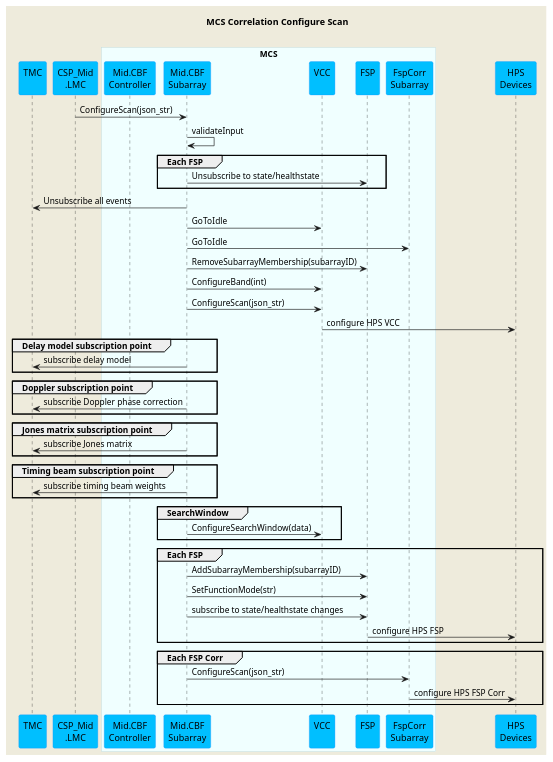
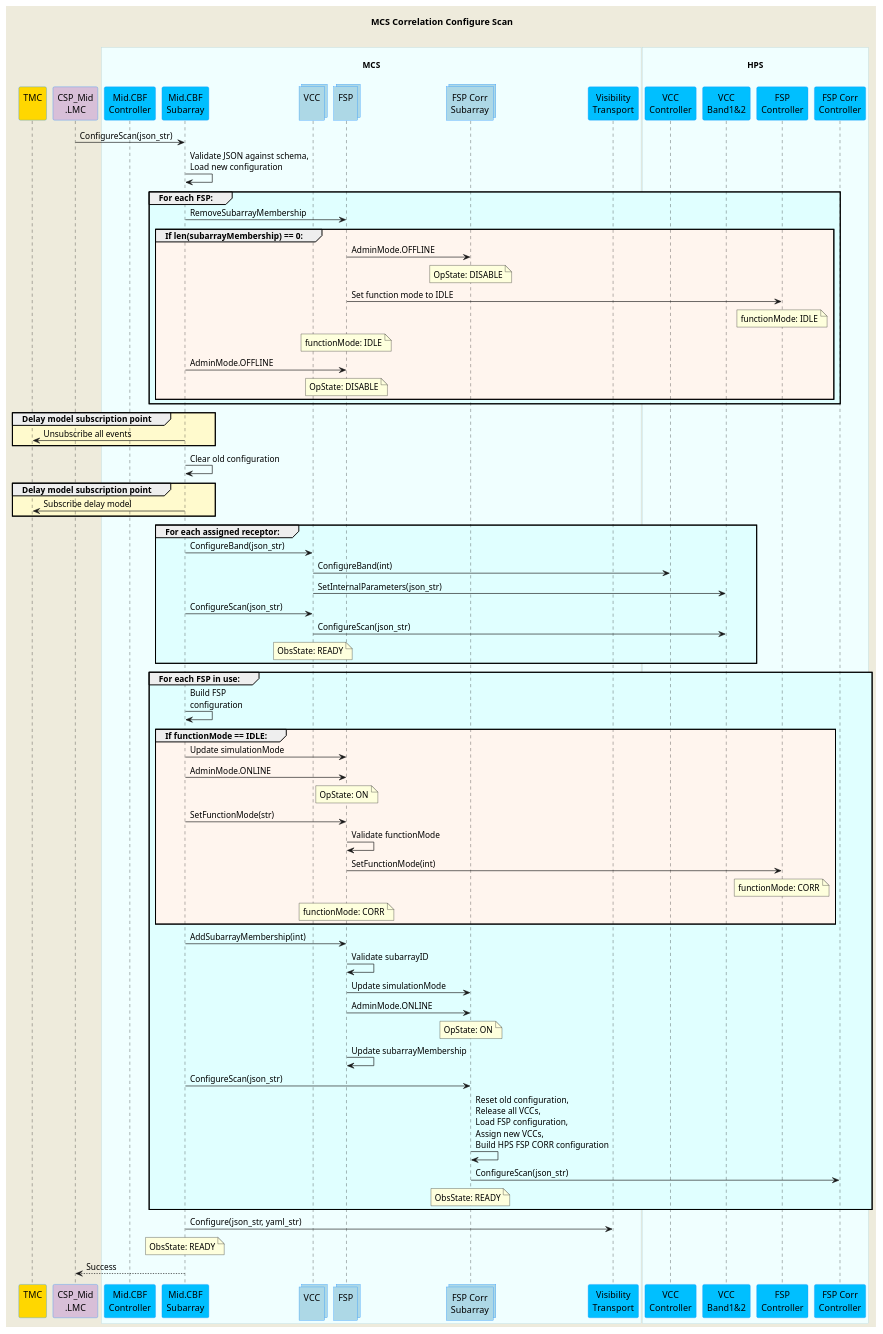
Before and after one commit to ska-telescope/mid-cbf-mcs: the diagram in docs/src/diagrams/configure-corr-scan-mcs.puml, drawn with PlantUML. The commit also changed 19 other files, not shown here.

```diff
--- a/docs/src/diagrams/configure-corr-scan-mcs.puml
+++ b/docs/src/diagrams/configure-corr-scan-mcs.puml
@@ -1,76 +1,104 @@
 @startuml
 'https://plantuml.com/sequence-diagram
 
 skinparam backgroundColor #EEEBDC
 skinparam sequence {
-ParticipantBorderColor DodgerBlue
-ParticipantBackgroundColor DeepSkyBlue
-ActorBorderColor DarkGreen
-ActorBackgroundColor Green
-BoxBorderColor LightBlue
-BoxBackgroundColor #F0FFFF
+    ParticipantBorderColor DodgerBlue
+    ParticipantBackgroundColor DeepSkyBlue
+    ActorBorderColor DarkGreen
+    ActorBackgroundColor Green
+    BoxBorderColor LightBlue
+    BoxBackgroundColor #F0FFFF
+}
+skinparam collections {
+    BackGroundColor LightBlue
+    BorderColor DodgerBlue
 }
 
 title MCS Correlation Configure Scan\n
 
-participant "TMC\n" as tmc
-participant "CSP_Mid\n.LMC" as lmc
-
-box "MCS"
-participant "Mid.CBF\nController" as controller
-participant "Mid.CBF\nSubarray" as subarray
-participant "VCC\n" as vcc
-participant "FSP\n" as fsp
-participant "FspCorr\nSubarray" as fspcorr
+participant "TMC\n" as tmc #Gold
+participant "CSP_Mid\n.LMC" as lmc #Thistle
+box "\nMCS\n"
+    participant "Mid.CBF\nController" as controller
+    participant "Mid.CBF\nSubarray" as subarray
+    collections "VCC\n" as vcc
+    collections "FSP\n" as fsp
+    collections "FSP Corr\nSubarray" as fspcorr
+    participant "Visibility\nTransport" as vis_trans
+end box
+box "\nHPS\n" 
+    participant "VCC\nController" as vcc_cont
+    participant "VCC\nBand1&2" as vcc_band
+    participant "FSP\nController" as fsp_cont
+    participant "FSP Corr\nController" as fspcorr_cont
 end box
 
-participant "HPS\nDevices" as hps
+lmc         -> subarray     : ConfigureScan(json_str)
+subarray    -> subarray     : Validate JSON against schema,\nLoad new configuration
 
-lmc         -> subarray     : ConfigureScan(json_str)
-subarray    -> subarray     : validateInput
-
-group Each FSP
-subarray    -> fsp          : Unsubscribe to state/healthstate
+group #LightCyan For each FSP:
+    subarray    -> fsp          : RemoveSubarrayMembership
+    group #SeaShell If len(subarrayMembership) == 0:
+        fsp         -> fspcorr      : AdminMode.OFFLINE
+        note over fspcorr           : OpState: DISABLE
+        fsp         -> fsp_cont     : Set function mode to IDLE
+        note over fsp_cont          : functionMode: IDLE
+        note over fsp               : functionMode: IDLE
+        subarray    -> fsp          : AdminMode.OFFLINE
+        note over fsp             : OpState: DISABLE
+    end group
 end group
 
-subarray    -> tmc          : Unsubscribe all events
-subarray    -> vcc          : GoToIdle
-subarray    -> fspcorr      : GoToIdle
-subarray    -> fsp          : RemoveSubarrayMembership(subarrayID)
-subarray    -> vcc          : ConfigureBand(int)
-subarray    -> vcc          : ConfigureScan(json_str)
-vcc         -> hps          : configure HPS VCC
-
-group Delay model subscription point
-subarray    -> tmc          : subscribe delay model
+group #LemonChiffon Delay model subscription point
+    subarray    -> tmc          : Unsubscribe all events
 end group
 
-group Doppler subscription point
-subarray    -> tmc          : subscribe Doppler phase correction
+subarray    -> subarray     : Clear old configuration
+
+group #LemonChiffon Delay model subscription point
+    subarray    -> tmc          : Subscribe delay model
 end group
 
-group Jones matrix subscription point
-subarray    -> tmc          : subscribe Jones matrix
+group #LightCyan For each assigned receptor:
+    subarray    -> vcc          : ConfigureBand(json_str)
+    vcc         -> vcc_cont     : ConfigureBand(int)
+    vcc         -> vcc_band     : SetInternalParameters(json_str)
+    subarray    -> vcc          : ConfigureScan(json_str)
+    vcc         -> vcc_band     : ConfigureScan(json_str)
+    note over vcc               : ObsState: READY
 end group
 
-group Timing beam subscription point
-subarray    -> tmc          : subscribe timing beam weights
+group #LightCyan For each FSP in use:
+    subarray    -> subarray     : Build FSP\nconfiguration
+
+    group #SeaShell If functionMode == IDLE:
+        subarray    -> fsp          : Update simulationMode
+        subarray    -> fsp          : AdminMode.ONLINE
+        note over fsp               : OpState: ON
+        subarray    -> fsp          : SetFunctionMode(str)
+        fsp         -> fsp          : Validate functionMode
+        fsp         -> fsp_cont     : SetFunctionMode(int)
+        note over fsp_cont          : functionMode: CORR
+        note over fsp               : functionMode: CORR 
+    end group
+
+    subarray    -> fsp          : AddSubarrayMembership(int)
+    fsp         -> fsp          : Validate subarrayID
+    fsp         -> fspcorr      : Update simulationMode
+    fsp         -> fspcorr      : AdminMode.ONLINE
+    note over fspcorr           : OpState: ON
+    fsp         -> fsp          : Update subarrayMembership
+
+    subarray    -> fspcorr      : ConfigureScan(json_str)
+    fspcorr     -> fspcorr      : Reset old configuration,\nRelease all VCCs,\nLoad FSP configuration,\nAssign new VCCs,\nBuild HPS FSP CORR configuration
+    fspcorr     -> fspcorr_cont : ConfigureScan(json_str)
+    note over fspcorr           : ObsState: READY
 end group
 
-group SearchWindow
-subarray    ->vcc           : ConfigureSearchWindow(data)
-end group
+subarray    -> vis_trans    : Configure(json_str, yaml_str)
 
-group Each FSP
-subarray    -> fsp          : AddSubarrayMembership(subarrayID)
-subarray    -> fsp          : SetFunctionMode(str)
-subarray    -> fsp          : subscribe to state/healthstate changes
-fsp         -> hps          : configure HPS FSP
-end group
-
-group Each FSP Corr
-subarray    -> fspcorr          : ConfigureScan(json_str)
-fspcorr         -> hps          : configure HPS FSP Corr
-end group
+note over subarray          : ObsState: READY
+lmc        <-- subarray     : Success
 
 @enduml
```
